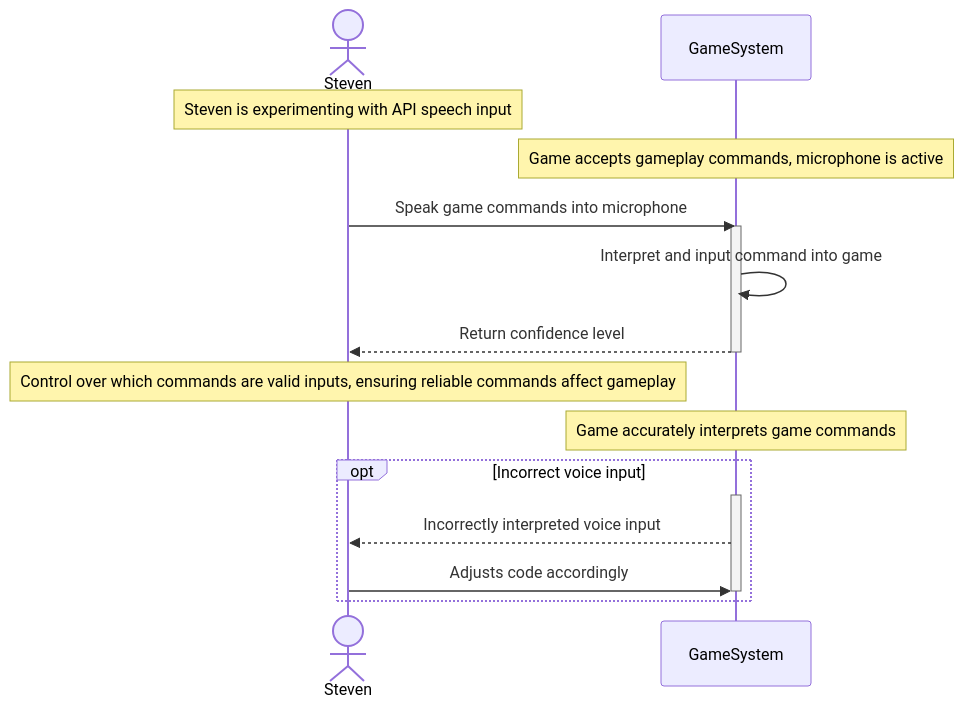
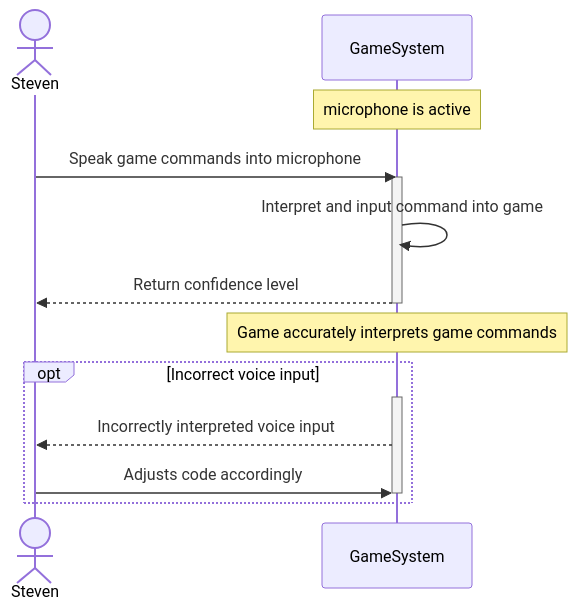
Before and after one commit to Capstone-Projects-2025-Fall/project-001-aac-api: the ninth of 9 diagrams in documentation/docs/system-architecture/sequence-diagrams.md, drawn with Mermaid. The commit also changed other lines of this file and 1 other file, not shown here.

Commit message:
Update Use Case 1 and redraw sequence diagrams

````diff
--- a/documentation/docs/system-architecture/sequence-diagrams.md
+++ b/documentation/docs/system-architecture/sequence-diagrams.md
@@ -581,25 +374,23 @@
 ```mermaid
 sequenceDiagram
     actor Steven
     participant GameSystem
     
-    Note over Steven: Steven is experimenting with API speech input
-    Note over GameSystem: Game accepts gameplay commands, microphone is active
+    Note over GameSystem: microphone is active
     
     Steven ->> GameSystem: Speak game commands into microphone
     activate GameSystem
     GameSystem ->> GameSystem: Interpret and input command into game
     GameSystem -->> Steven: Return confidence level
     deactivate GameSystem
     
-    Note over Steven: Control over which commands are valid inputs, ensuring reliable commands affect gameplay
     Note over GameSystem: Game accurately interprets game commands
     
     opt Incorrect voice input
         activate GameSystem
         GameSystem -->> Steven: Incorrectly interpreted voice input
         Steven ->> GameSystem: Adjusts code accordingly
         deactivate GameSystem
     end
 
 ```
````
